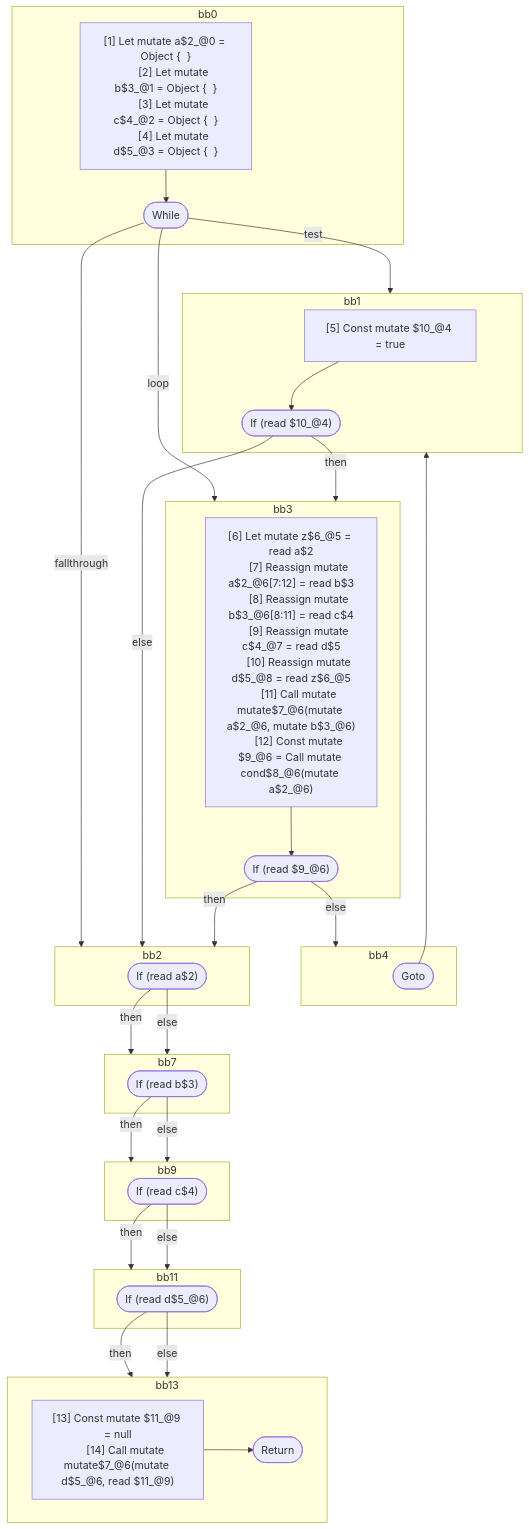
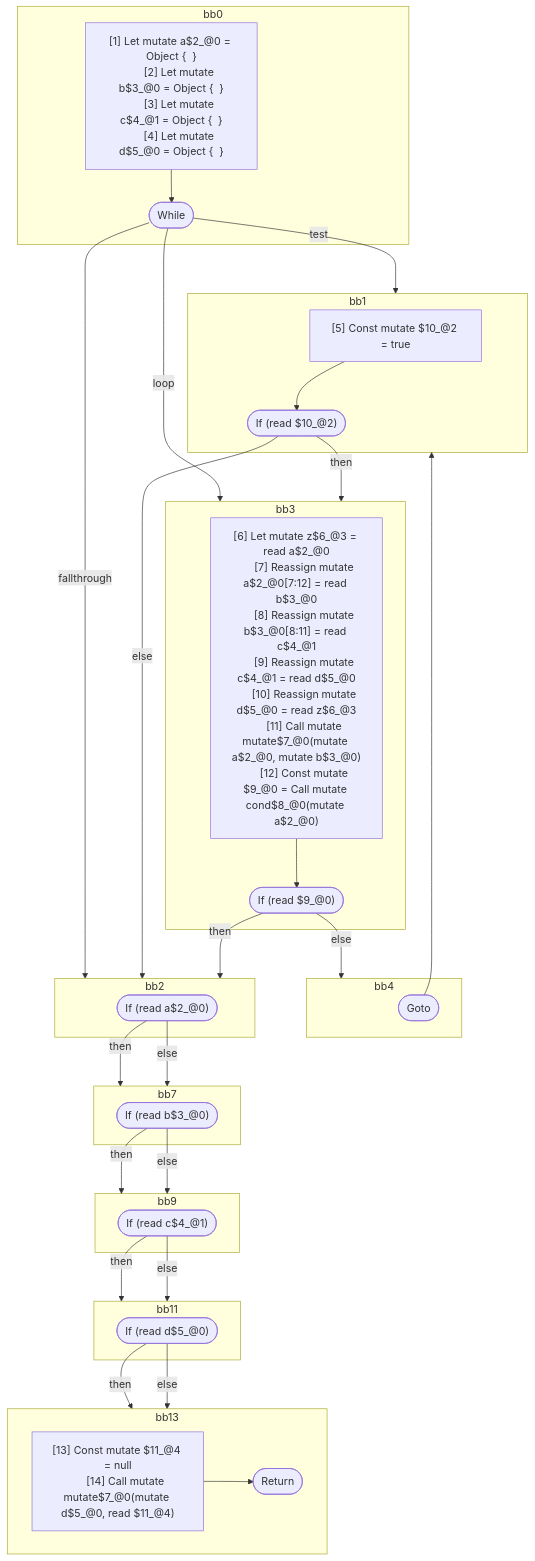
One commit to wutsmog/private changed the third of 3 diagrams in compiler/forget/src/__tests__/fixtures/hir/mutable-lifetime-loops.expect.md. Above: the diagram before and after it, drawn with Mermaid. The commit also changed other lines of this file and 18 other files, not shown here.

````diff
--- a/compiler/forget/src/__tests__/fixtures/hir/mutable-lifetime-loops.expect.md
+++ b/compiler/forget/src/__tests__/fixtures/hir/mutable-lifetime-loops.expect.md
@@ -145,72 +145,72 @@
 ```mermaid
 flowchart TB
   %% Basic Blocks
   subgraph bb0
     bb0_instrs["
       [1] Let mutate a$2_@0 = Object {  }
-      [2] Let mutate b$3_@1 = Object {  }
-      [3] Let mutate c$4_@2 = Object {  }
-      [4] Let mutate d$5_@3 = Object {  }
+      [2] Let mutate b$3_@0 = Object {  }
+      [3] Let mutate c$4_@1 = Object {  }
+      [4] Let mutate d$5_@0 = Object {  }
     "]
     bb0_instrs --> bb0_terminal(["While"])
   end
   subgraph bb1
     bb1_instrs["
-      [5] Const mutate $10_@4 = true
+      [5] Const mutate $10_@2 = true
     "]
-    bb1_instrs --> bb1_terminal(["If (read $10_@4)"])
+    bb1_instrs --> bb1_terminal(["If (read $10_@2)"])
   end
   subgraph bb3
     bb3_instrs["
-      [6] Let mutate z$6_@5 = read a$2
-      [7] Reassign mutate a$2_@6[7:12] = read b$3
-      [8] Reassign mutate b$3_@6[8:11] = read c$4
-      [9] Reassign mutate c$4_@7 = read d$5
-      [10] Reassign mutate d$5_@8 = read z$6_@5
-      [11] Call mutate mutate$7_@6(mutate a$2_@6, mutate b$3_@6)
-      [12] Const mutate $9_@6 = Call mutate cond$8_@6(mutate a$2_@6)
+      [6] Let mutate z$6_@3 = read a$2_@0
+      [7] Reassign mutate a$2_@0[7:12] = read b$3_@0
+      [8] Reassign mutate b$3_@0[8:11] = read c$4_@1
+      [9] Reassign mutate c$4_@1 = read d$5_@0
+      [10] Reassign mutate d$5_@0 = read z$6_@3
+      [11] Call mutate mutate$7_@0(mutate a$2_@0, mutate b$3_@0)
+      [12] Const mutate $9_@0 = Call mutate cond$8_@0(mutate a$2_@0)
     "]
-    bb3_instrs --> bb3_terminal(["If (read $9_@6)"])
+    bb3_instrs --> bb3_terminal(["If (read $9_@0)"])
   end
   subgraph bb4
     bb4_terminal(["Goto"])
   end
   subgraph bb2
-    bb2_terminal(["If (read a$2)"])
+    bb2_terminal(["If (read a$2_@0)"])
   end
   subgraph bb7
-    bb7_terminal(["If (read b$3)"])
+    bb7_terminal(["If (read b$3_@0)"])
   end
   subgraph bb9
-    bb9_terminal(["If (read c$4)"])
+    bb9_terminal(["If (read c$4_@1)"])
   end
   subgraph bb11
-    bb11_terminal(["If (read d$5_@6)"])
+    bb11_terminal(["If (read d$5_@0)"])
   end
   subgraph bb13
     bb13_instrs["
-      [13] Const mutate $11_@9 = null
-      [14] Call mutate mutate$7_@6(mutate d$5_@6, read $11_@9)
+      [13] Const mutate $11_@4 = null
+      [14] Call mutate mutate$7_@0(mutate d$5_@0, read $11_@4)
     "]
     bb13_instrs --> bb13_terminal(["Return"])
   end
 
   %% Jumps
   bb0_terminal -- test --> bb1
   bb0_terminal -- loop --> bb3
   bb0_terminal -- fallthrough --> bb2
   bb1_terminal -- then --> bb3
   bb1_terminal -- else --> bb2
   bb3_terminal -- then --> bb2
   bb3_terminal -- else --> bb4
   bb4_terminal --> bb1
   bb2_terminal -- then --> bb7
   bb2_terminal -- else --> bb7
   bb7_terminal -- then --> bb9
   bb7_terminal -- else --> bb9
   bb9_terminal -- then --> bb11
   bb9_terminal -- else --> bb11
   bb11_terminal -- then --> bb13
   bb11_terminal -- else --> bb13
 
 ```
````
